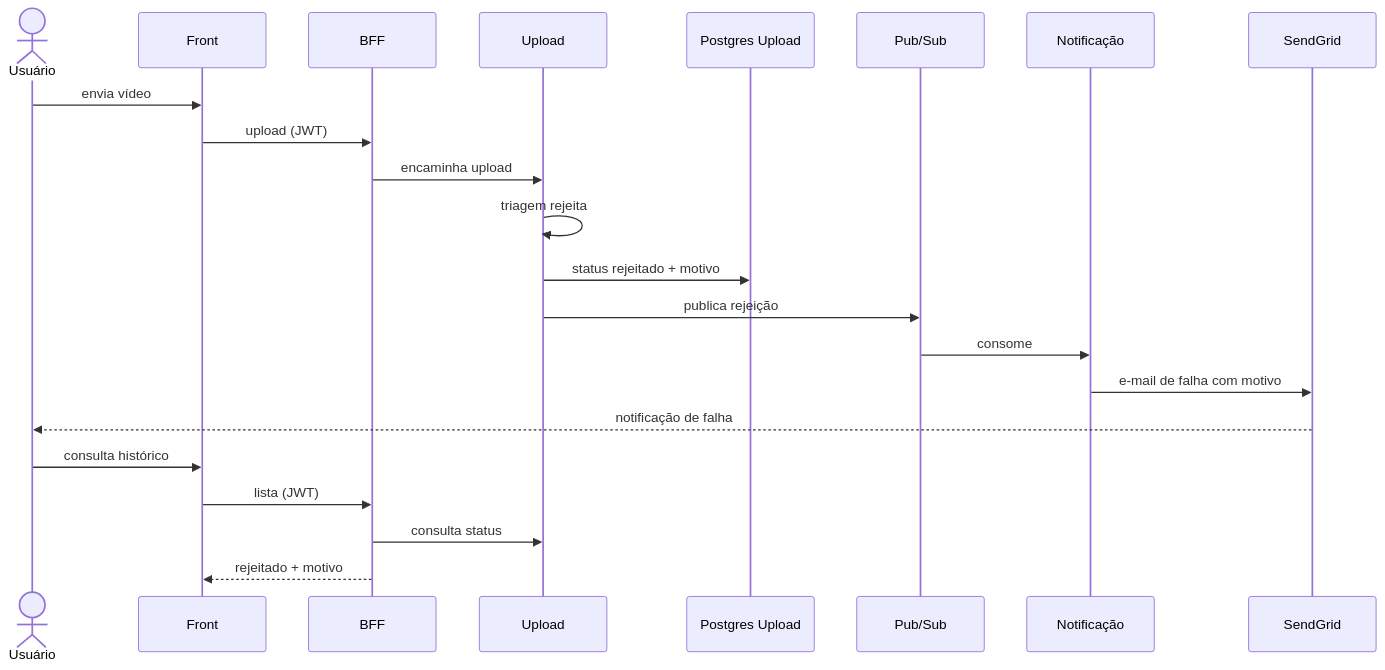
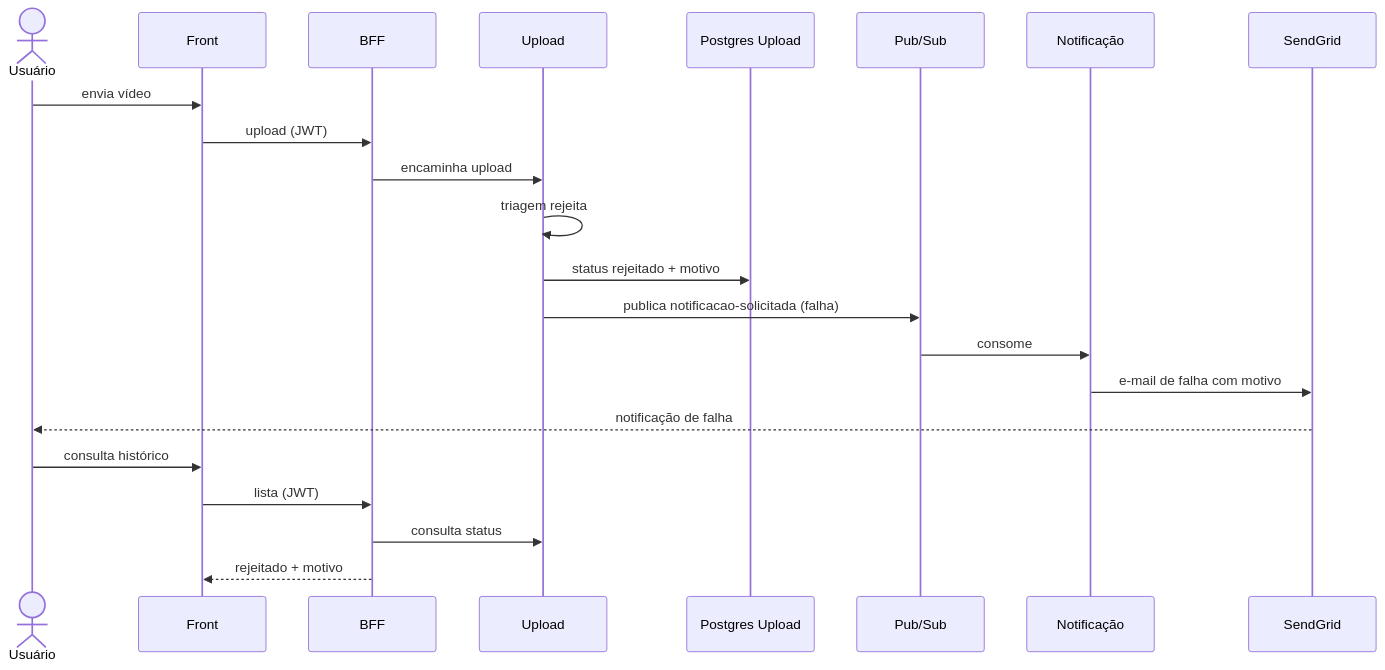
The diagram in fluxo-e-estados/03_rejeicao-na-triagem.md (fiap-x-vcosta/docs), drawn with Mermaid before and after one commit. The commit also changed 18 other files, not shown here.

````diff
--- a/fluxo-e-estados/03_rejeicao-na-triagem.md
+++ b/fluxo-e-estados/03_rejeicao-na-triagem.md
@@ -1,25 +1,25 @@
 ```mermaid
 sequenceDiagram
   actor U as Usuário
   participant Web as Front
   participant BFF as BFF
   participant Up as Upload
   participant PGU as Postgres Upload
   participant Bus as Pub/Sub
   participant Notif as Notificação
   participant SG as SendGrid
 
   U->>Web: envia vídeo
   Web->>BFF: upload (JWT)
   BFF->>Up: encaminha upload
   Up->>Up: triagem rejeita
   Up->>PGU: status rejeitado + motivo
-  Up->>Bus: publica rejeição
+  Up->>Bus: publica notificacao-solicitada (falha)
   Bus->>Notif: consome
   Notif->>SG: e-mail de falha com motivo
   SG-->>U: notificação de falha
   U->>Web: consulta histórico
   Web->>BFF: lista (JWT)
   BFF->>Up: consulta status
   BFF-->>Web: rejeitado + motivo
 ```
````
